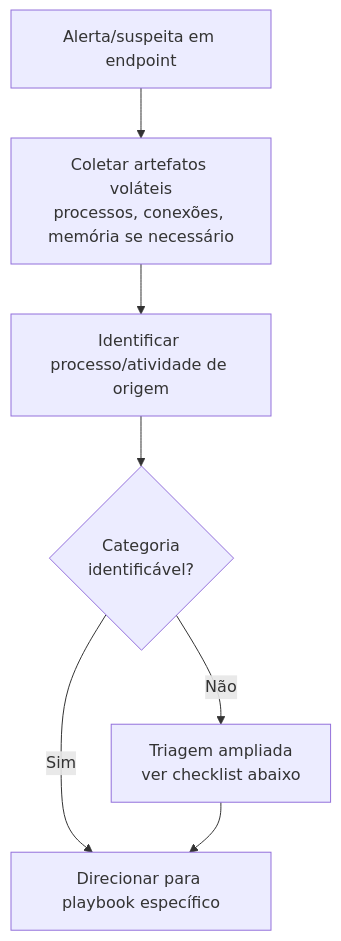
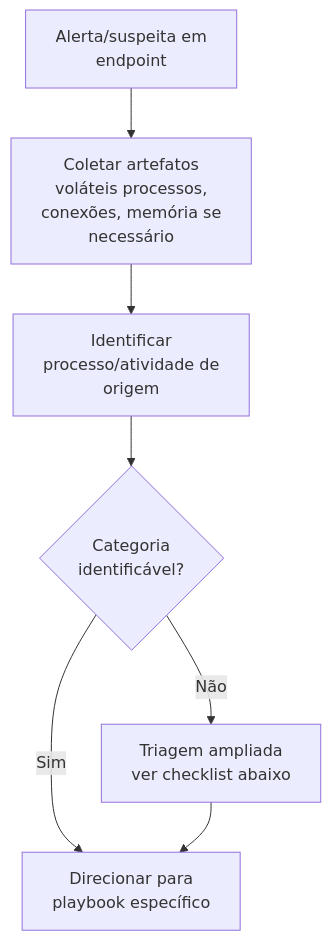
The diagram in Attack-Categories/Endpoint-Investigation/README.md (LuucasVerdun/Cyber-Attack-Analysis-Framework), drawn with Mermaid before and after one commit. The commit also changed 28 other files, not shown here.

````diff
--- a/Attack-Categories/Endpoint-Investigation/README.md
+++ b/Attack-Categories/Endpoint-Investigation/README.md
@@ -15,9 +15,9 @@
 ```mermaid
 flowchart TD
-    A[Alerta/suspeita em endpoint] --> B[Coletar artefatos voláteis<br/>processos, conexões, memória se necessário]
-    B --> C[Identificar processo/atividade de origem]
+    A[Alerta/suspeita em<br/>endpoint] --> B[Coletar artefatos<br/>voláteis processos,<br/>conexões, memória se<br/>necessário]
+    B --> C[Identificar<br/>processo/atividade de<br/>origem]
     C --> D{Categoria<br/>identificável?}
-    D -->|Sim| E[Direcionar para playbook específico]
+    D -->|Sim| E[Direcionar para<br/>playbook específico]
     D -->|Não| F[Triagem ampliada<br/>ver checklist abaixo]
     F --> E
 ```
````
